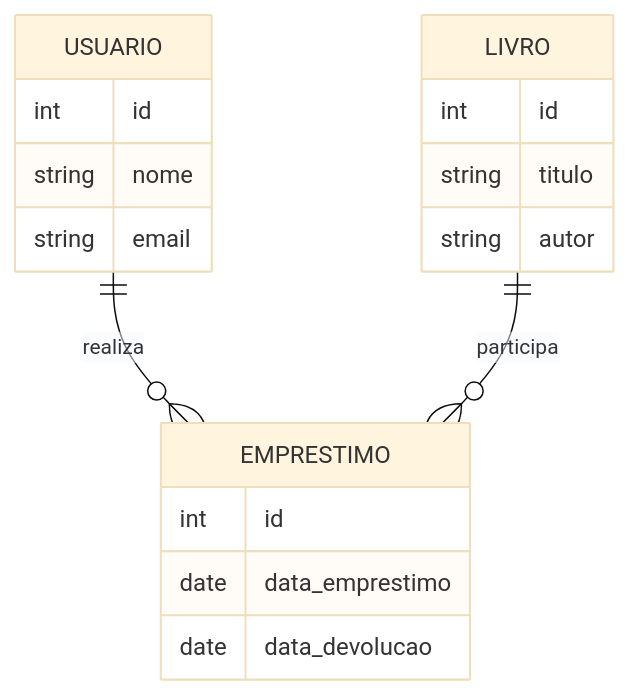
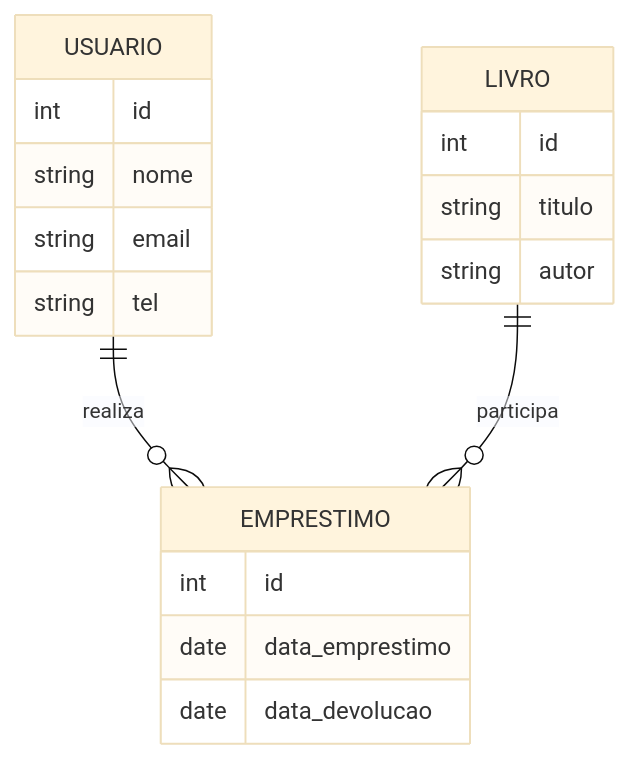
One commit to vicentelustosa/teste2 changed the diagram in README.md. Above: the diagram before and after it, drawn with Mermaid (base theme).

Commit message:
Update USUARIO structure to include 'tel' field
Add 'tel' field to USUARIO structure in README

````diff
--- a/README.md
+++ b/README.md
@@ -5,23 +5,24 @@
 ```mermaid
 erDiagram
     USUARIO ||--o{ EMPRESTIMO : realiza
     LIVRO ||--o{ EMPRESTIMO : participa
 
     USUARIO {
         int id
         string nome
         string email
+        string tel
     }
 
     LIVRO {
         int id
         string titulo
         string autor
     }
 
     EMPRESTIMO {
         int id
         date data_emprestimo
         date data_devolucao
     }
 ```
````
